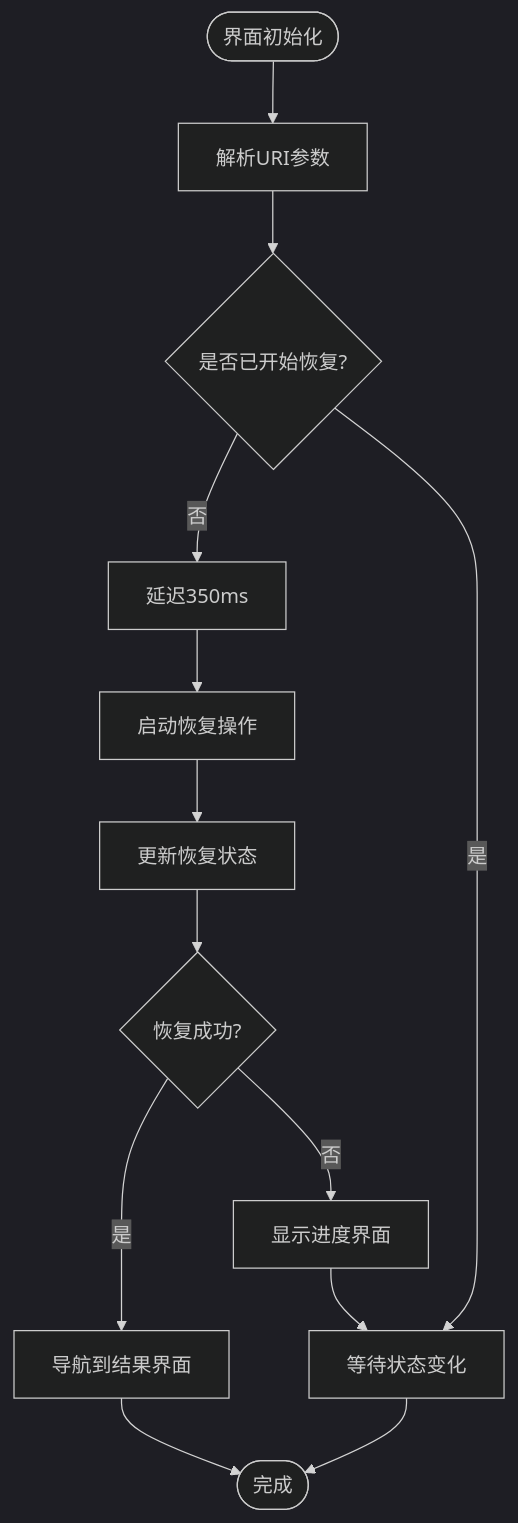
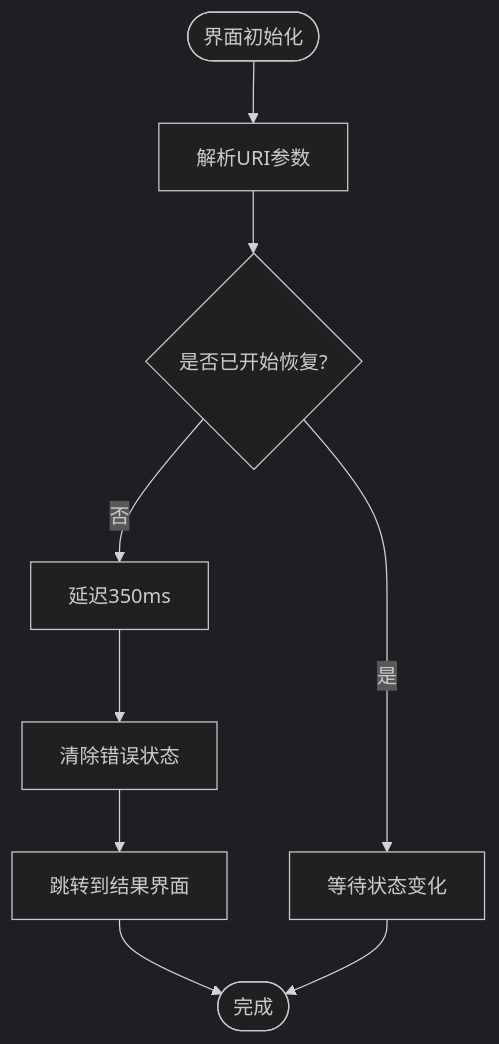
Before and after one commit to wanhongbo/ai-photo-vault: the third of 7 diagrams in .qoder/repowiki/zh/content/UI组件系统/恢复进度界面.md, drawn with Mermaid (dark theme). The commit also changed other lines of this file and 22 other files, not shown here.

````diff
--- a/.qoder/repowiki/zh/content/UI组件系统/恢复进度界面.md
+++ b/.qoder/repowiki/zh/content/UI组件系统/恢复进度界面.md
@@ -125,15 +156,11 @@
 ```mermaid
 flowchart TD
 Start([界面初始化]) --> ParseURI["解析URI参数"]
 ParseURI --> CheckStarted{"是否已开始恢复?"}
 CheckStarted --> |否| Delay["延迟350ms"]
 CheckStarted --> |是| WaitState["等待状态变化"]
-Delay --> StartRestore["启动恢复操作"]
-StartRestore --> UpdateState["更新恢复状态"]
-UpdateState --> CheckSuccess{"恢复成功?"}
-CheckSuccess --> |是| Navigate["导航到结果界面"]
-CheckSuccess --> |否| ShowProgress["显示进度界面"]
-ShowProgress --> WaitState
+Delay --> ClearError["清除错误状态"]
+ClearError --> Navigate["跳转到结果界面"]
 Navigate --> End([完成])
 WaitState --> End
 ```
````
